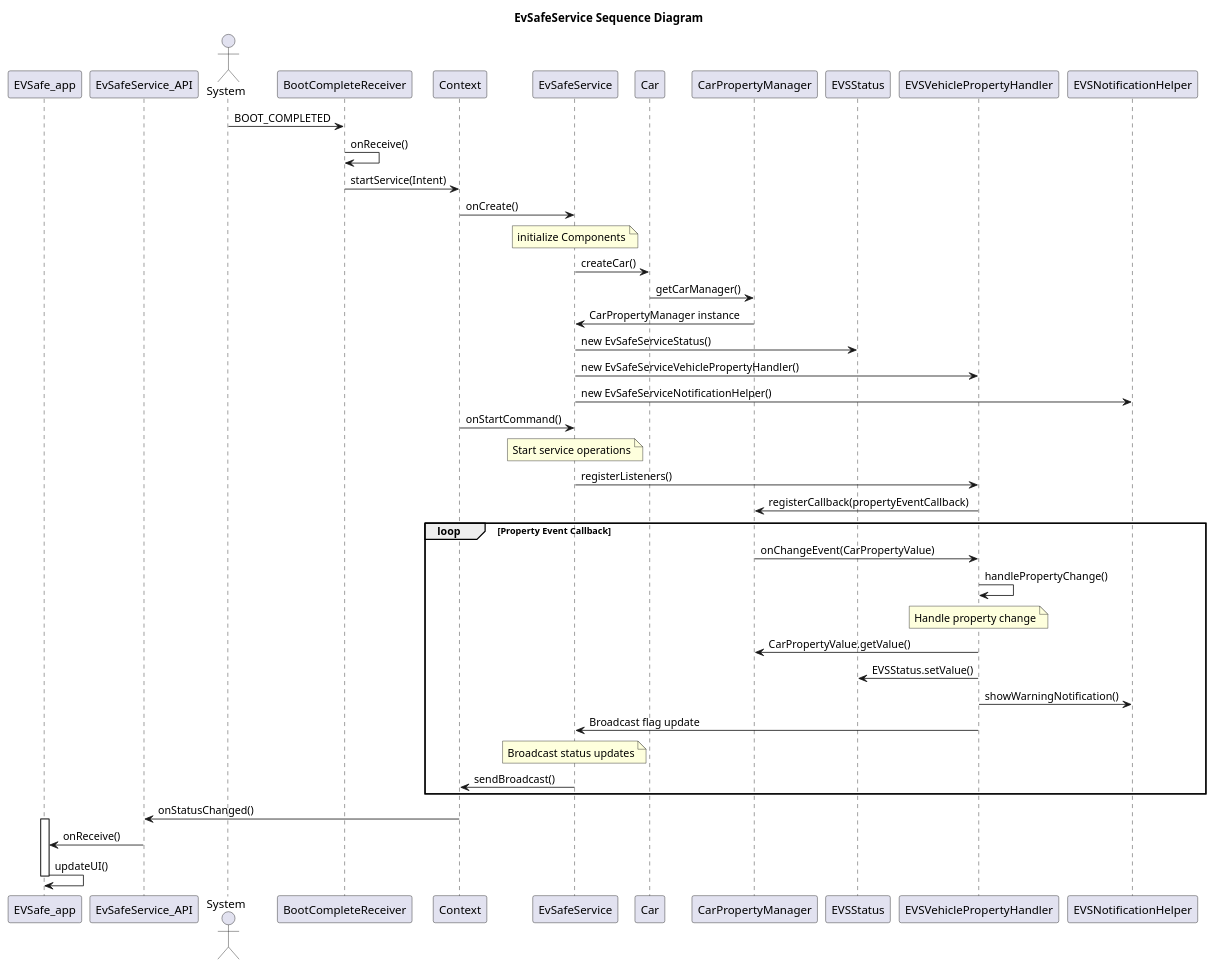
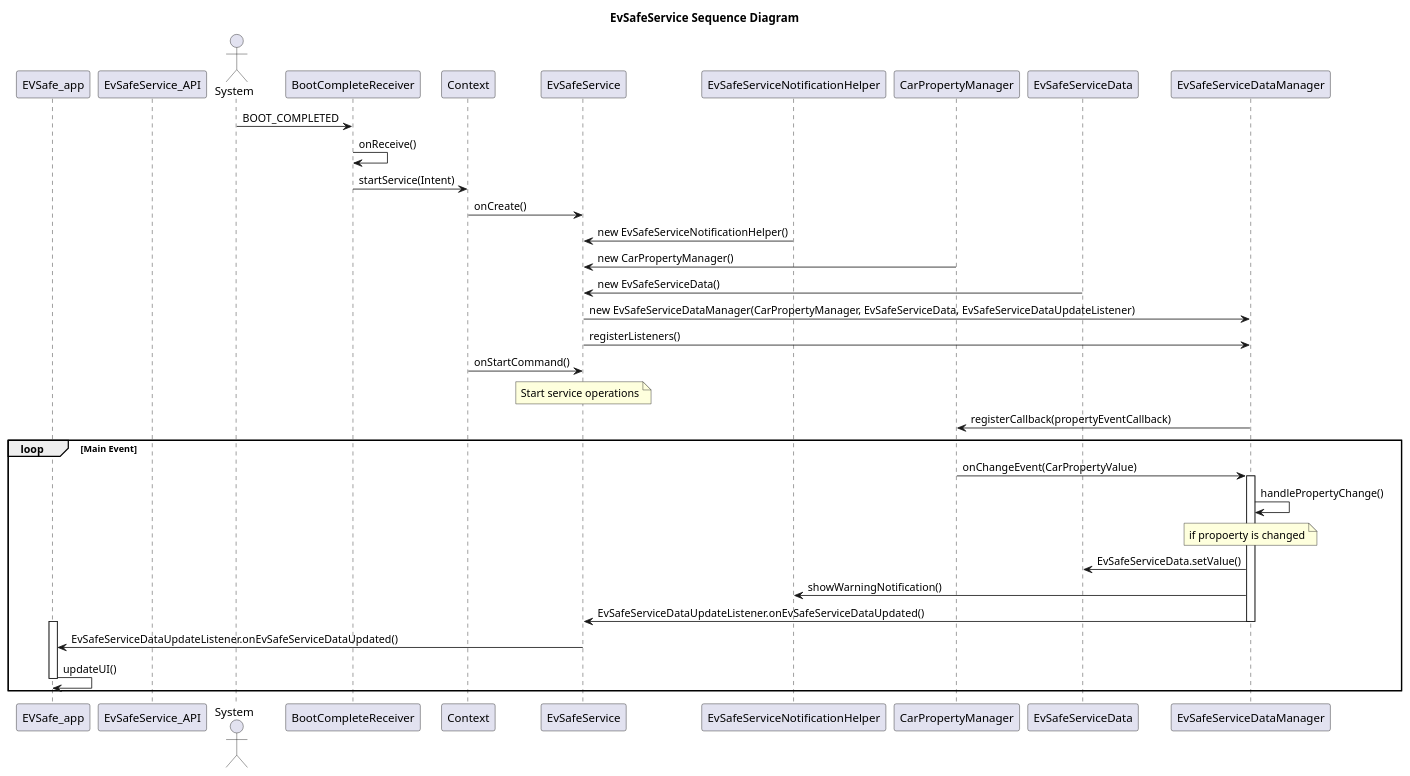
Before and after one commit to ck0228/StartAndroid: the diagram in aaos/packages/services/Car/service/src/com/android/car/evsafeservice/sequneceDiagram.puml, drawn with PlantUML. The commit also changed 147 other files, not shown here.

```diff
--- a/aaos/packages/services/Car/service/src/com/android/car/evsafeservice/sequneceDiagram.puml
+++ b/aaos/packages/services/Car/service/src/com/android/car/evsafeservice/sequneceDiagram.puml
@@ -1,50 +1,45 @@
 @startuml
 title EvSafeService Sequence Diagram
 
 participant EVSafe_app
 participant EvSafeService_API
 actor System
 participant BootCompleteReceiver
 participant Context
 participant EvSafeService
-participant Car
+participant EvSafeServiceNotificationHelper
 participant CarPropertyManager
-participant EVSStatus
-participant EVSVehiclePropertyHandler
-participant EVSNotificationHelper
+participant EvSafeServiceData
+participant EvSafeServiceDataManager
 
 System -> BootCompleteReceiver: BOOT_COMPLETED
 BootCompleteReceiver -> BootCompleteReceiver: onReceive()
 BootCompleteReceiver -> Context: startService(Intent)
 Context -> EvSafeService: onCreate()
-note over EvSafeService: initialize Components
-EvSafeService -> Car: createCar()
-Car -> CarPropertyManager: getCarManager()
-CarPropertyManager -> EvSafeService: CarPropertyManager instance
-EvSafeService -> EVSStatus: new EvSafeServiceStatus()
-EvSafeService -> EVSVehiclePropertyHandler: new EvSafeServiceVehiclePropertyHandler()
-EvSafeService -> EVSNotificationHelper: new EvSafeServiceNotificationHelper()
+EvSafeServiceNotificationHelper -> EvSafeService : new EvSafeServiceNotificationHelper()
+CarPropertyManager -> EvSafeService: new CarPropertyManager()
+EvSafeServiceData -> EvSafeService: new EvSafeServiceData()
+
+EvSafeService -> EvSafeServiceDataManager: new EvSafeServiceDataManager(CarPropertyManager, EvSafeServiceData, EvSafeServiceDataUpdateListener)
+EvSafeService -> EvSafeServiceDataManager: registerListeners()
 
 Context -> EvSafeService: onStartCommand()
 note over EvSafeService: Start service operations
-EvSafeService -> EVSVehiclePropertyHandler: registerListeners()
-EVSVehiclePropertyHandler -> CarPropertyManager: registerCallback(propertyEventCallback)
 
-loop Property Event Callback
-    CarPropertyManager -> EVSVehiclePropertyHandler: onChangeEvent(CarPropertyValue)
-    EVSVehiclePropertyHandler -> EVSVehiclePropertyHandler: handlePropertyChange()
-    note over EVSVehiclePropertyHandler: Handle property change
-    EVSVehiclePropertyHandler -> CarPropertyManager: CarPropertyValue.getValue()
-    EVSVehiclePropertyHandler -> EVSStatus: EVSStatus.setValue()
-    EVSVehiclePropertyHandler -> EVSNotificationHelper: showWarningNotification()
-    EVSVehiclePropertyHandler -> EvSafeService: Broadcast flag update
-    note over EvSafeService: Broadcast status updates
-    EvSafeService -> Context: sendBroadcast()
+EvSafeServiceDataManager -> CarPropertyManager: registerCallback(propertyEventCallback)
+
+loop Main Event
+    CarPropertyManager -> EvSafeServiceDataManager: onChangeEvent(CarPropertyValue)
+    activate EvSafeServiceDataManager
+    EvSafeServiceDataManager -> EvSafeServiceDataManager: handlePropertyChange()
+    note over EvSafeServiceDataManager: if propoerty is changed
+    EvSafeServiceDataManager -> EvSafeServiceData: EvSafeServiceData.setValue()
+    EvSafeServiceDataManager -> EvSafeServiceNotificationHelper: showWarningNotification()
+    EvSafeServiceDataManager -> EvSafeService: EvSafeServiceDataUpdateListener.onEvSafeServiceDataUpdated()
+    deactivate EvSafeServiceDataManager
+    activate EVSafe_app
+    EvSafeService -> EVSafe_app: EvSafeServiceDataUpdateListener.onEvSafeServiceDataUpdated()
+    EVSafe_app -> EVSafe_app: updateUI()
+    deactivate EVSafe_app
 end
-Context -> EvSafeService_API: onStatusChanged()
-activate EVSafe_app
-EvSafeService_API -> EVSafe_app: onReceive()
-EVSafe_app -> EVSafe_app: updateUI()
-deactivate EVSafe_app
-
 @enduml
```
